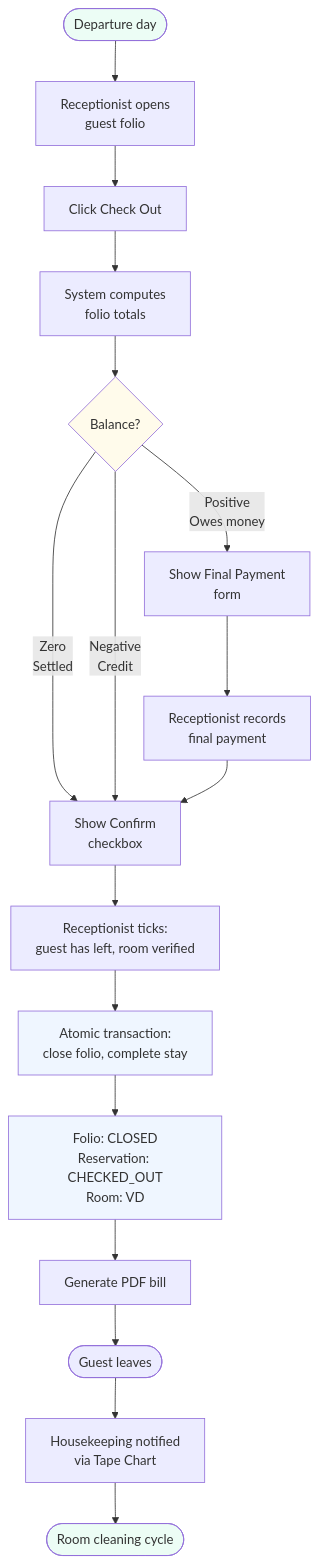
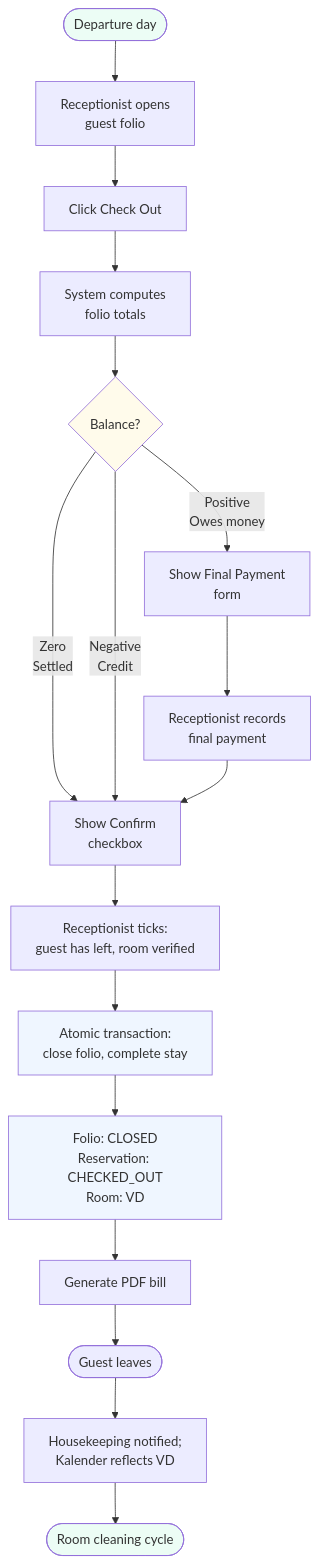
The fifth of 9 diagrams in docs/business_process_mvp.md (nurmareko/zadd-hotel-pms), drawn with Mermaid before and after one commit. The commit also changed other lines of this file and 8 other files, not shown here.

````diff
--- a/docs/business_process_mvp.md
+++ b/docs/business_process_mvp.md
@@ -151,28 +153,28 @@
 ```mermaid
 flowchart TD
     A([Departure day]) --> B[Receptionist opens<br/>guest folio]
     B --> C[Click Check Out]
     C --> D[System computes<br/>folio totals]
     D --> E{Balance?}
 
     E -->|Positive<br/>Owes money| F[Show Final Payment<br/>form]
     E -->|Zero<br/>Settled| H[Show Confirm<br/>checkbox]
     E -->|Negative<br/>Credit| H
 
     F --> G[Receptionist records<br/>final payment]
     G --> H
 
     H --> I[Receptionist ticks:<br/>guest has left, room verified]
     I --> J[Atomic transaction:<br/>close folio, complete stay]
     J --> K[Folio: CLOSED<br/>Reservation: CHECKED_OUT<br/>Room: VD]
     K --> L[Generate PDF bill]
     L --> M([Guest leaves])
-    M --> N[Housekeeping notified<br/>via Tape Chart]
+    M --> N[Housekeeping notified;<br/>Kalender reflects VD]
     N --> O([Room cleaning cycle])
 
     style A fill:#ecfdf5
     style E fill:#fffbeb
     style J fill:#eff6ff
     style K fill:#eff6ff
     style O fill:#ecfdf5
 ```
````
